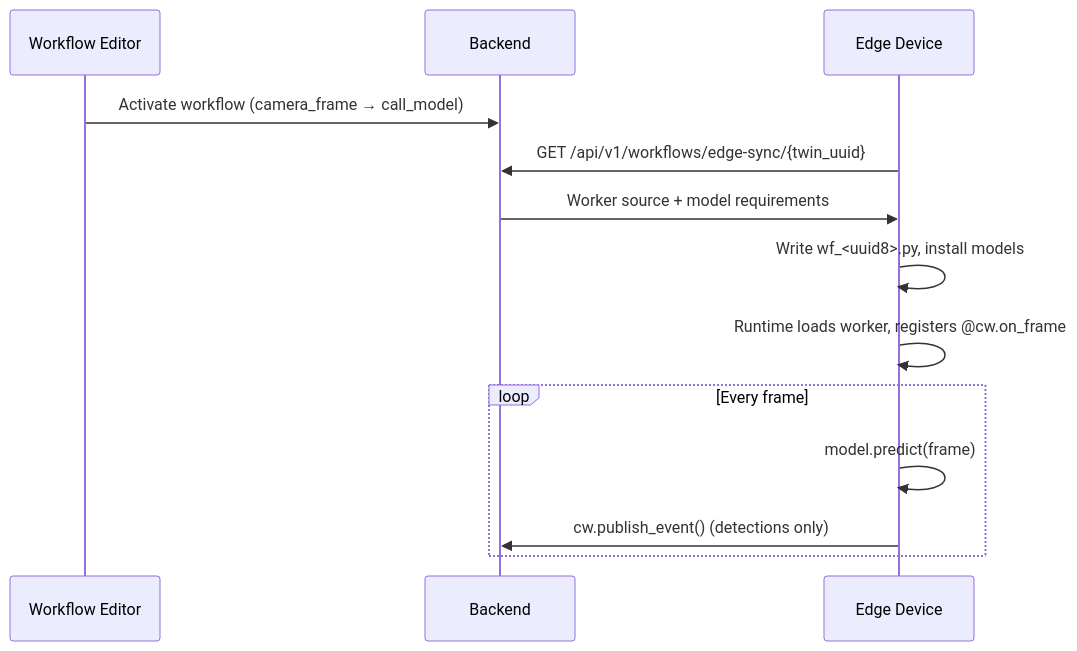
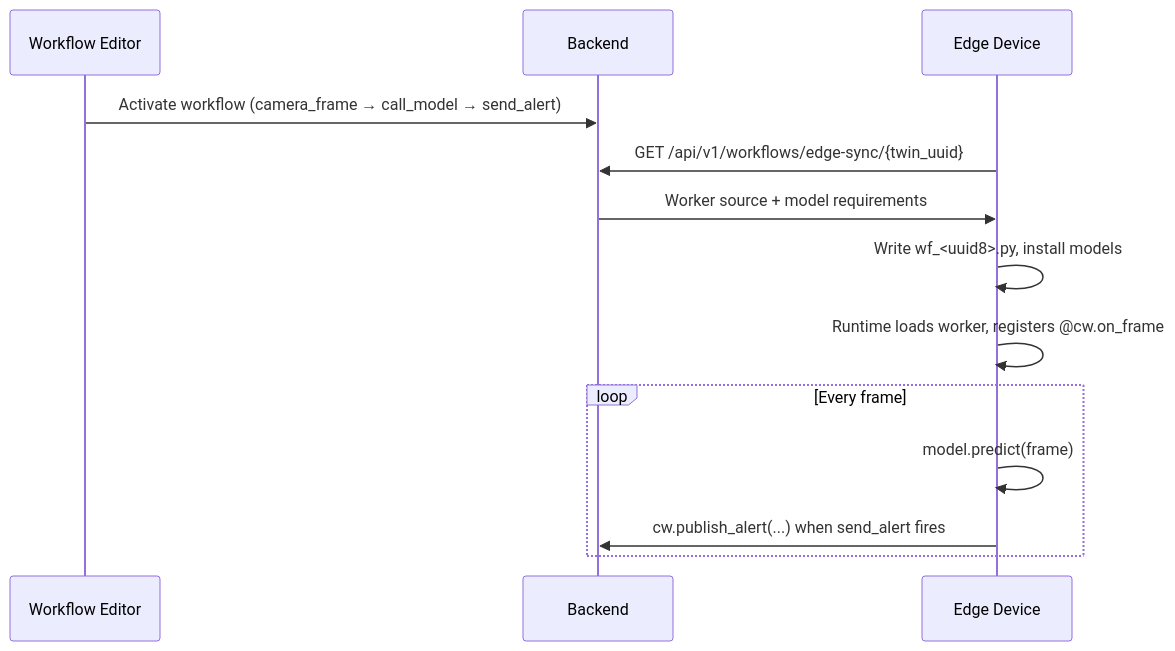
One commit to cyberwave-os/docs-mintlify changed the first of 2 diagrams in use-cyberwave/workflows.mdx. Above: the diagram before and after it, drawn with Mermaid. The commit also changed other lines of this file and 55 other files, not shown here.

````diff
--- a/use-cyberwave/workflows.mdx
+++ b/use-cyberwave/workflows.mdx
@@ -166,16 +170,16 @@
 ```mermaid
 sequenceDiagram
     participant UI as Workflow Editor
     participant BE as Backend
     participant Edge as Edge Device
 
-    UI->>BE: Activate workflow (camera_frame → call_model)
+    UI->>BE: Activate workflow (camera_frame → call_model → send_alert)
     Edge->>BE: GET /api/v1/workflows/edge-sync/{twin_uuid}
     BE->>Edge: Worker source + model requirements
     Edge->>Edge: Write wf_<uuid8>.py, install models
     Edge->>Edge: Runtime loads worker, registers @cw.on_frame
     loop Every frame
         Edge->>Edge: model.predict(frame)
-        Edge->>BE: cw.publish_event() (detections only)
+        Edge->>BE: cw.publish_alert(...) when send_alert fires
     end
 ```
````
